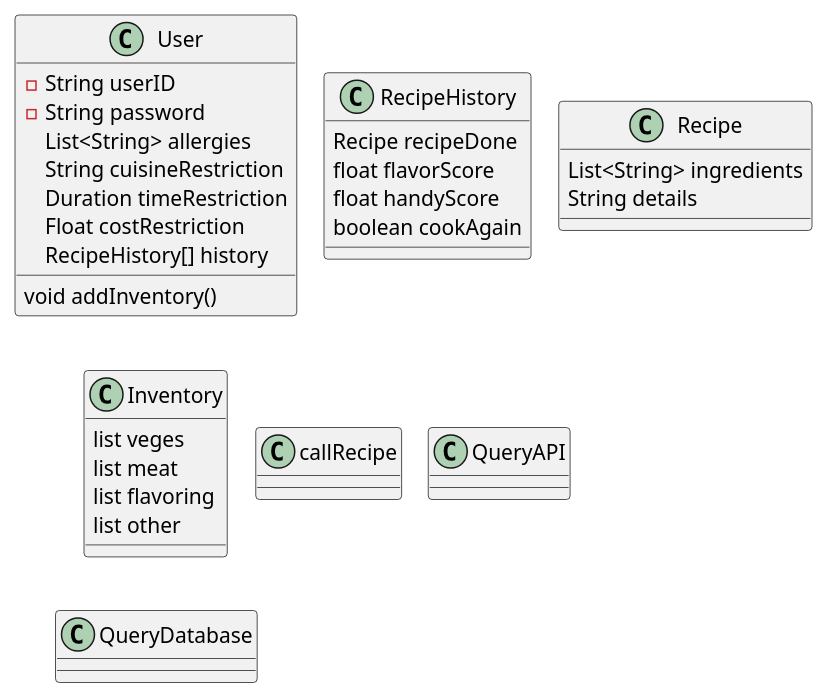
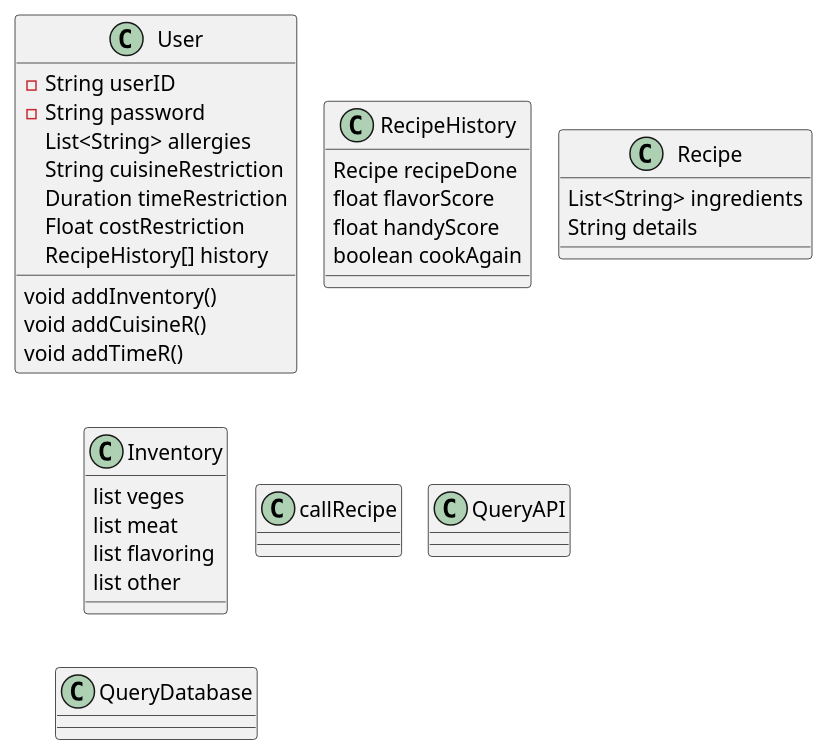
Before and after one commit to JohnZHANGFZ/207_group_project: the diagram in Project UML.puml, drawn with PlantUML.

Commit message:
add nothing

```diff
--- a/Project UML.puml
+++ b/Project UML.puml
@@ -1,46 +1,49 @@
 @startuml
 !pragma layout smetana
 'https://plantuml.com/sequence-diagram
 
 class User {
 -String userID
 -String password
 List<String> allergies
 String cuisineRestriction
 Duration timeRestriction
 Float costRestriction
 RecipeHistory[] history
 
 void addInventory()
+void addCuisineR()
+void addTimeR()
+
 
 }
 
 class RecipeHistory{
 Recipe recipeDone
 float flavorScore
 float handyScore
 boolean cookAgain
 }
 
 class Recipe{
 List<String> ingredients
 String details
 }
 
 class Inventory {
 list veges
 list meat
 list flavoring
 list other
 }
 
 class callRecipe {
 }
 
 class QueryAPI {
 }
 
 class QueryDatabase {
 }
 
 @enduml
```
